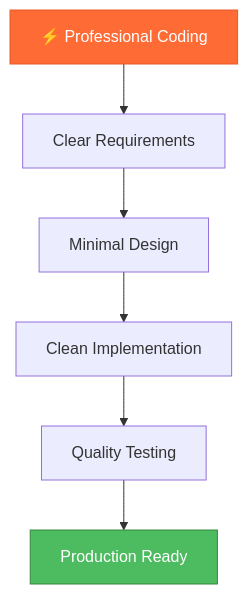
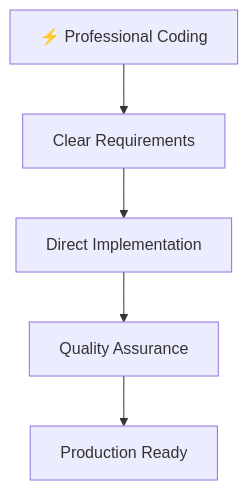
Before and after one commit to JooduG/RPGlitch: the fifth of 6 diagrams in .cursor/rules/thinking-framework.mdc, drawn with Mermaid. The commit also changed other lines of this file and 75 other files, not shown here.

````diff
--- a/.cursor/rules/thinking-framework.mdc
+++ b/.cursor/rules/thinking-framework.mdc
@@ -184,12 +443,8 @@
 ```mermaid
 graph TD
     Start["⚡ Professional Coding"] --> Requirements["Clear Requirements"]
     
-    Requirements --> Design["Minimal Design"]
-    Design --> Implementation["Clean Implementation"]
-    Implementation --> Testing["Quality Testing"]
-    Testing --> Delivery["Production Ready"]
-    
-    style Start fill:#ff6b35,stroke:#e55a2b,color:white
-    style Delivery fill:#4dbb5f,stroke:#36873f,color:white
+    Requirements --> Implementation["Direct Implementation"]
+    Implementation --> Quality["Quality Assurance"]
+    Quality --> Production["Production Ready"]
 ```
````
